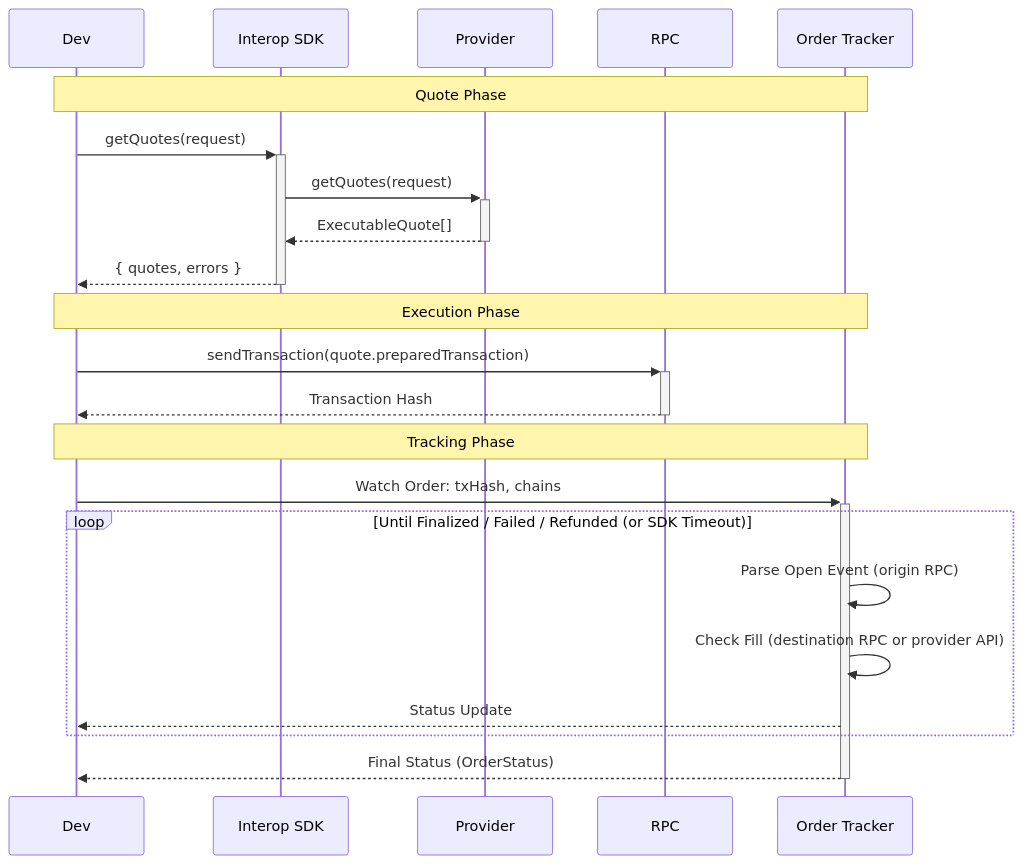
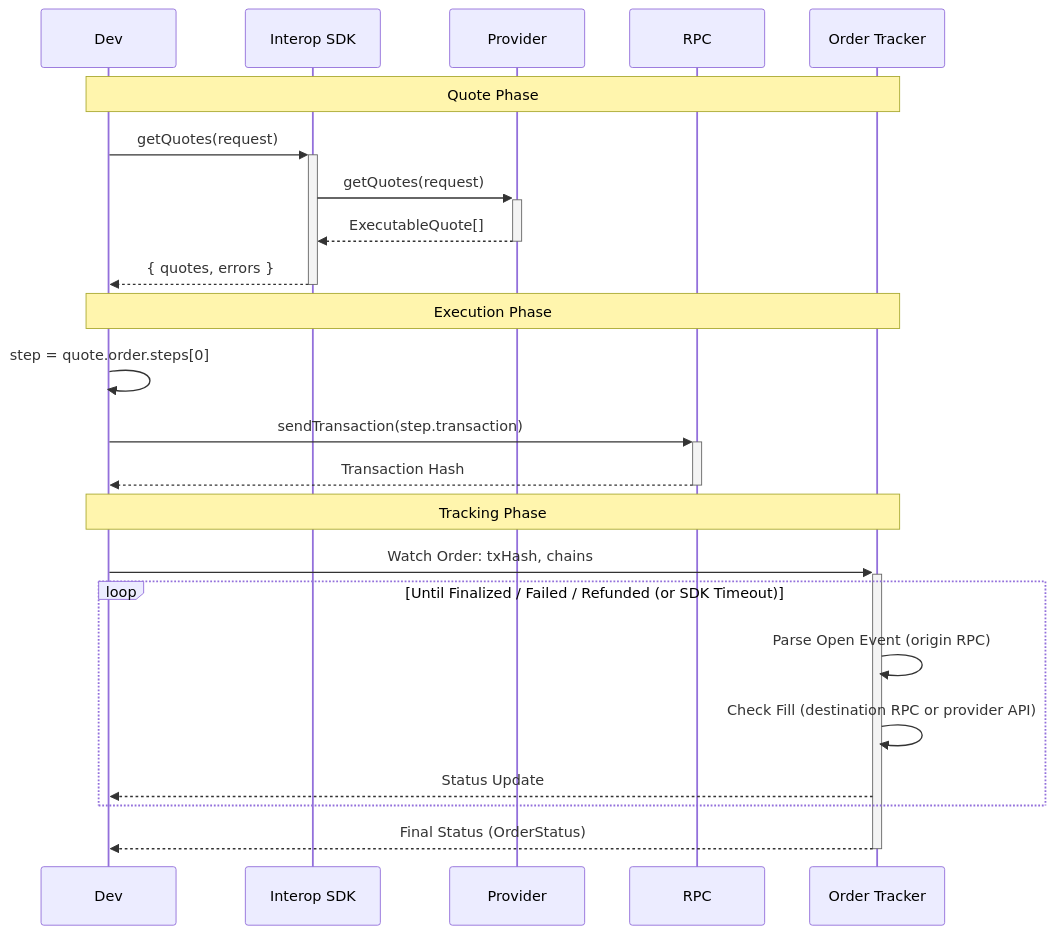
The diagram in apps/docs/docs/cross-chain/flow.md (defi-wonderland/interop-sdk), drawn with Mermaid before and after one commit. The commit also changed other lines of this file and 184 other files, not shown here.

````diff
--- a/apps/docs/docs/cross-chain/flow.md
+++ b/apps/docs/docs/cross-chain/flow.md
@@ -7,27 +7,28 @@
 ```mermaid
 sequenceDiagram
     participant dev as Dev
     participant sdk as Interop SDK
     participant provider as Provider
     participant rpc as RPC
     participant tracker as Order Tracker
 
     Note over dev,tracker: Quote Phase
     dev->>+sdk: getQuotes(request)
     sdk->>+provider: getQuotes(request)
     provider-->>-sdk: ExecutableQuote[]
     sdk-->>-dev: { quotes, errors }
 
     Note over dev,tracker: Execution Phase
-    dev->>+rpc: sendTransaction(quote.preparedTransaction)
+    dev->>dev: step = quote.order.steps[0]
+    dev->>+rpc: sendTransaction(step.transaction)
     rpc-->>-dev: Transaction Hash
 
     Note over dev,tracker: Tracking Phase
     dev->>+tracker: Watch Order: txHash, chains
     loop Until Finalized / Failed / Refunded (or SDK Timeout)
         tracker->>tracker: Parse Open Event (origin RPC)
         tracker->>tracker: Check Fill (destination RPC or provider API)
         tracker-->>dev: Status Update
     end
     tracker-->>-dev: Final Status (OrderStatus)
 ```
````
